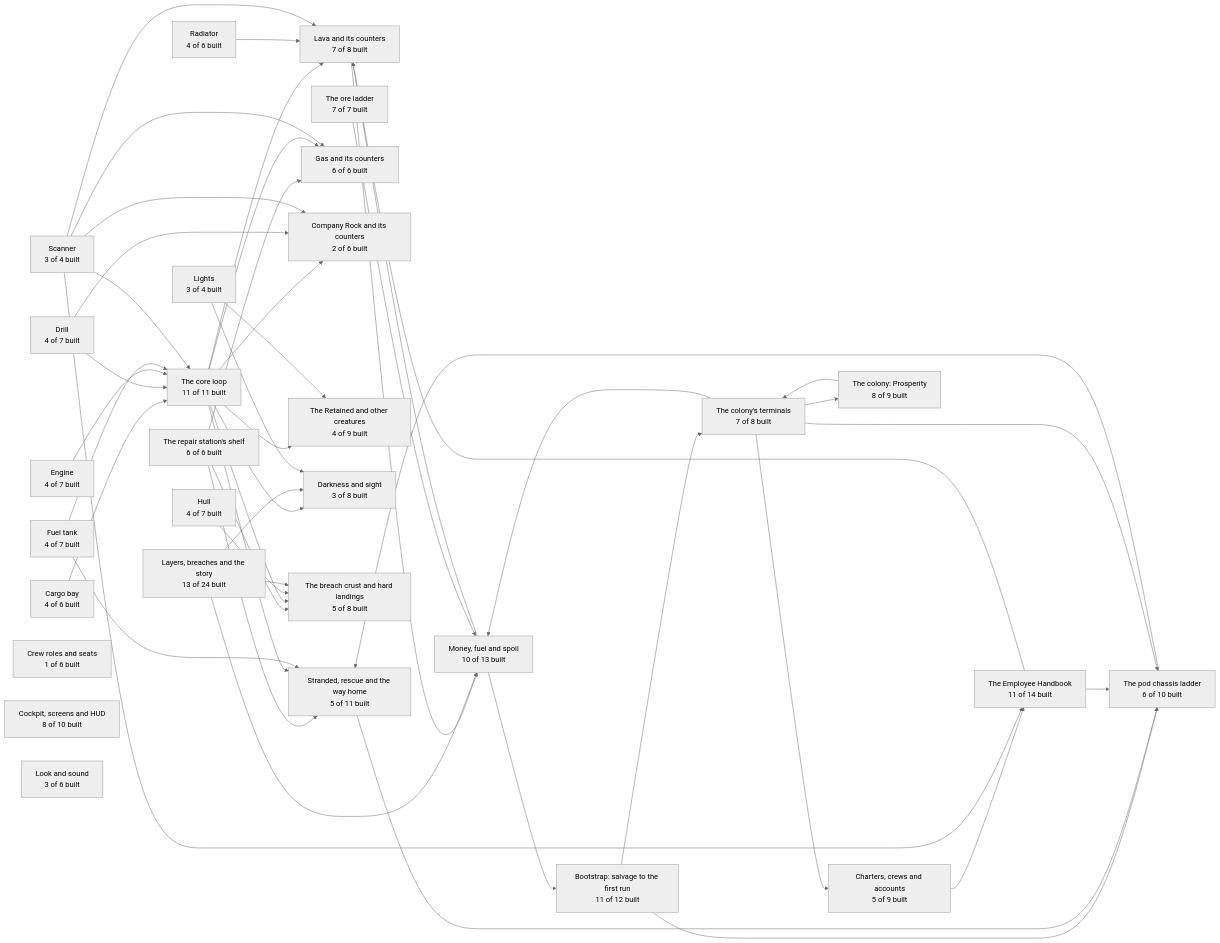
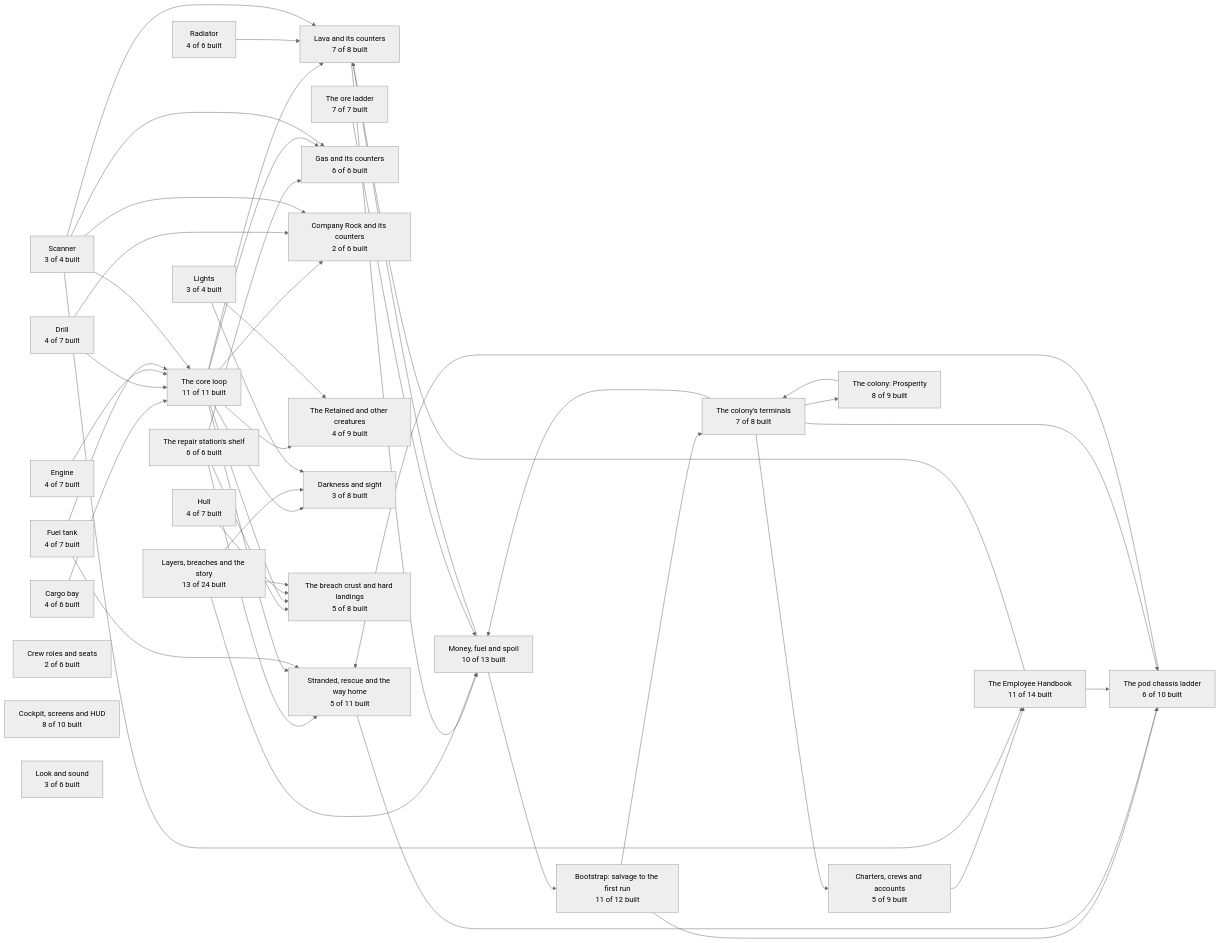
Before and after one commit to pkeppeler/deepcharter: the second of 30 diagrams in docs/FEATURE-MAP.md, drawn with Mermaid (neutral theme). The commit also changed other lines of this file and 2 other files, not shown here.

````diff
--- a/docs/FEATURE-MAP.md
+++ b/docs/FEATURE-MAP.md
@@ -73,76 +73,76 @@
 ```mermaid
 flowchart LR
   l_core_loop["The core loop<br/>11 of 11 built"]
   l_economy["Money, fuel and spoil<br/>10 of 13 built"]
   l_ores["The ore ladder<br/>7 of 7 built"]
   l_bootstrap["Bootstrap: salvage to the first run<br/>11 of 12 built"]
   l_terminals["The colony's terminals<br/>7 of 8 built"]
   l_handbook["The Employee Handbook<br/>11 of 14 built"]
   l_layers["Layers, breaches and the story<br/>13 of 24 built"]
   l_charter["Charters, crews and accounts<br/>5 of 9 built"]
   l_colony["The colony: Prosperity<br/>8 of 9 built"]
   l_pods["The pod chassis ladder<br/>6 of 10 built"]
   l_drill["Drill<br/>4 of 7 built"]
   l_hull["Hull<br/>4 of 7 built"]
   l_engine["Engine<br/>4 of 7 built"]
   l_fuel_tank["Fuel tank<br/>4 of 7 built"]
   l_radiator["Radiator<br/>4 of 6 built"]
   l_cargo_bay["Cargo bay<br/>4 of 6 built"]
   l_scanner["Scanner<br/>3 of 4 built"]
   l_lights["Lights<br/>3 of 4 built"]
   l_lava["Lava and its counters<br/>7 of 8 built"]
   l_gas["Gas and its counters<br/>6 of 6 built"]
   l_company_rock["Company Rock and its counters<br/>2 of 6 built"]
   l_creatures["The Retained and other creatures<br/>4 of 9 built"]
   l_darkness["Darkness and sight<br/>3 of 8 built"]
   l_crust["The breach crust and hard landings<br/>5 of 8 built"]
   l_getting_out["Stranded, rescue and the way home<br/>5 of 11 built"]
   l_consumables["The repair station's shelf<br/>6 of 6 built"]
-  l_crew["Crew roles and seats<br/>1 of 6 built"]
+  l_crew["Crew roles and seats<br/>2 of 6 built"]
   l_interface["Cockpit, screens and HUD<br/>8 of 10 built"]
   l_art["Look and sound<br/>3 of 6 built"]
   l_bootstrap --> l_pods
   l_bootstrap --> l_terminals
   l_cargo_bay --> l_core_loop
   l_charter --> l_handbook
   l_colony --> l_terminals
   l_consumables --> l_crust
   l_consumables --> l_gas
   l_consumables --> l_getting_out
   l_core_loop --> l_company_rock
   l_core_loop --> l_creatures
   l_core_loop --> l_crust
   l_core_loop --> l_darkness
   l_core_loop --> l_gas
   l_core_loop --> l_getting_out
   l_core_loop --> l_lava
   l_drill --> l_company_rock
   l_drill --> l_core_loop
   l_economy --> l_bootstrap
   l_economy --> l_lava
   l_engine --> l_core_loop
   l_fuel_tank --> l_core_loop
   l_fuel_tank --> l_getting_out
   l_getting_out --> l_pods
   l_handbook --> l_lava
   l_handbook --> l_pods
   l_hull --> l_crust
   l_lava --> l_economy
   l_layers --> l_crust
   l_layers --> l_darkness
   l_layers --> l_economy
   l_lights --> l_creatures
   l_lights --> l_darkness
   l_ores --> l_economy
   l_pods --> l_getting_out
   l_radiator --> l_lava
   l_scanner --> l_company_rock
   l_scanner --> l_core_loop
   l_scanner --> l_gas
   l_scanner --> l_handbook
   l_scanner --> l_lava
   l_terminals --> l_charter
   l_terminals --> l_colony
   l_terminals --> l_economy
   l_terminals --> l_pods
 ```
````
